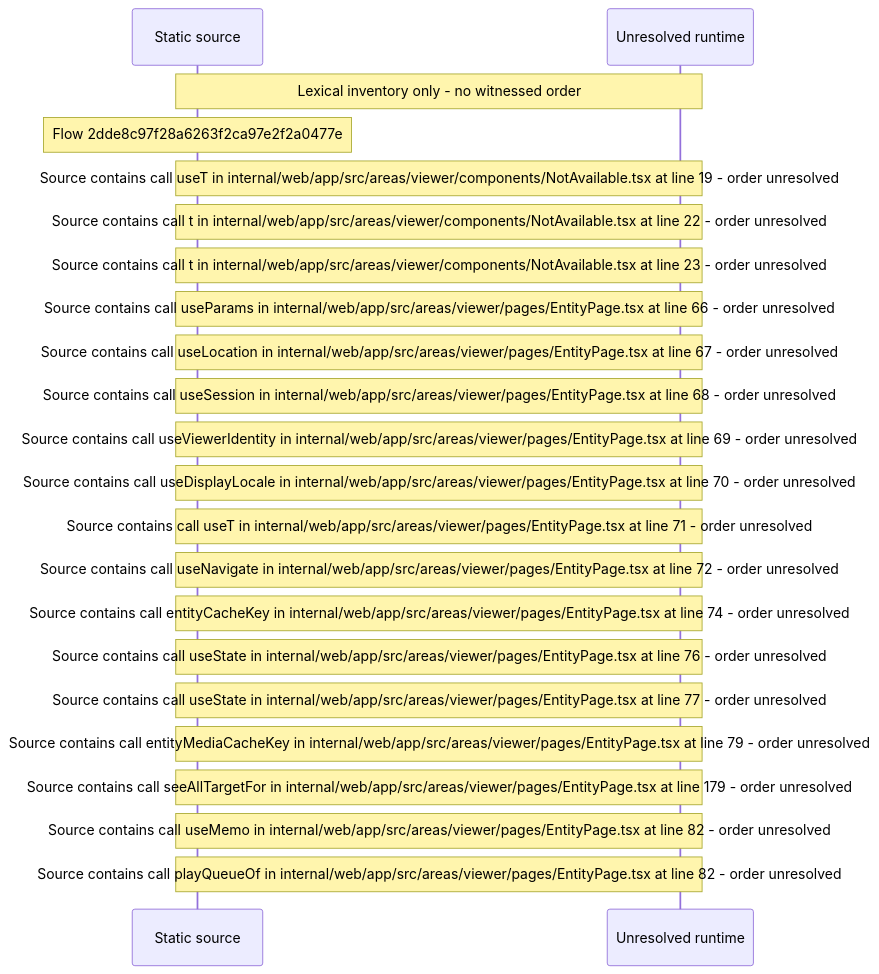
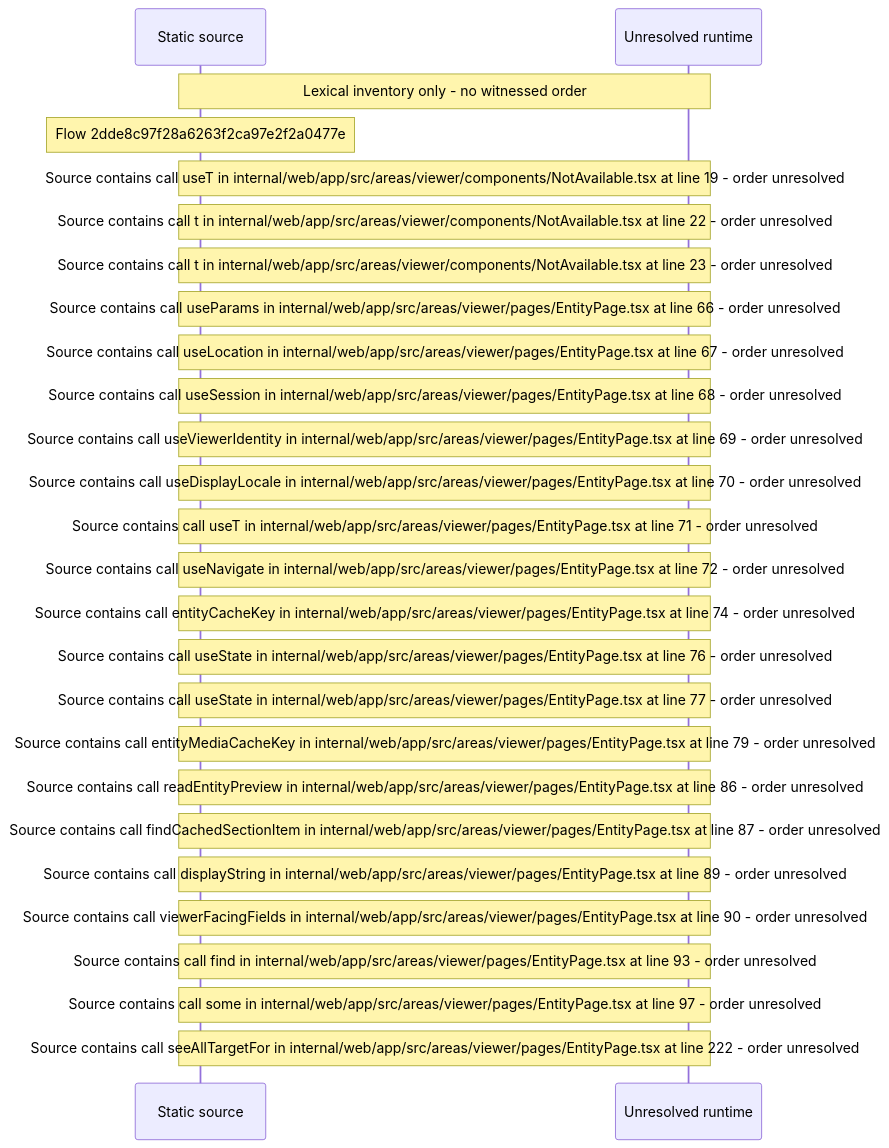
Before and after one commit to beamfall/core: the diagram in docs/web/flows/generated/2dde8c97f28a6263f2ca97e2f2a0477e/flow-diagram.md, drawn with Mermaid. The commit also changed other lines of this file and 714 other files, not shown here.

Commit message:
Regenerate web flow docs for the stack's source changes (CORE-1762)

````diff
--- a/docs/web/flows/generated/2dde8c97f28a6263f2ca97e2f2a0477e/flow-diagram.md
+++ b/docs/web/flows/generated/2dde8c97f28a6263f2ca97e2f2a0477e/flow-diagram.md
@@ -10,24 +10,28 @@
 ```mermaid
 sequenceDiagram
     participant S as Static source
     participant U as Unresolved runtime
     Note over S,U: Lexical inventory only - no witnessed order
     Note over S: Flow 2dde8c97f28a6263f2ca97e2f2a0477e
     Note over S,U: Source contains call useT in internal/web/app/src/areas/viewer/components/NotAvailable.tsx at line 19 - order unresolved
     Note over S,U: Source contains call t in internal/web/app/src/areas/viewer/components/NotAvailable.tsx at line 22 - order unresolved
     Note over S,U: Source contains call t in internal/web/app/src/areas/viewer/components/NotAvailable.tsx at line 23 - order unresolved
     Note over S,U: Source contains call useParams in internal/web/app/src/areas/viewer/pages/EntityPage.tsx at line 66 - order unresolved
     Note over S,U: Source contains call useLocation in internal/web/app/src/areas/viewer/pages/EntityPage.tsx at line 67 - order unresolved
     Note over S,U: Source contains call useSession in internal/web/app/src/areas/viewer/pages/EntityPage.tsx at line 68 - order unresolved
     Note over S,U: Source contains call useViewerIdentity in internal/web/app/src/areas/viewer/pages/EntityPage.tsx at line 69 - order unresolved
     Note over S,U: Source contains call useDisplayLocale in internal/web/app/src/areas/viewer/pages/EntityPage.tsx at line 70 - order unresolved
     Note over S,U: Source contains call useT in internal/web/app/src/areas/viewer/pages/EntityPage.tsx at line 71 - order unresolved
     Note over S,U: Source contains call useNavigate in internal/web/app/src/areas/viewer/pages/EntityPage.tsx at line 72 - order unresolved
     Note over S,U: Source contains call entityCacheKey in internal/web/app/src/areas/viewer/pages/EntityPage.tsx at line 74 - order unresolved
     Note over S,U: Source contains call useState in internal/web/app/src/areas/viewer/pages/EntityPage.tsx at line 76 - order unresolved
     Note over S,U: Source contains call useState in internal/web/app/src/areas/viewer/pages/EntityPage.tsx at line 77 - order unresolved
     Note over S,U: Source contains call entityMediaCacheKey in internal/web/app/src/areas/viewer/pages/EntityPage.tsx at line 79 - order unresolved
-    Note over S,U: Source contains call seeAllTargetFor in internal/web/app/src/areas/viewer/pages/EntityPage.tsx at line 179 - order unresolved
-    Note over S,U: Source contains call useMemo in internal/web/app/src/areas/viewer/pages/EntityPage.tsx at line 82 - order unresolved
-    Note over S,U: Source contains call playQueueOf in internal/web/app/src/areas/viewer/pages/EntityPage.tsx at line 82 - order unresolved
+    Note over S,U: Source contains call readEntityPreview in internal/web/app/src/areas/viewer/pages/EntityPage.tsx at line 86 - order unresolved
+    Note over S,U: Source contains call findCachedSectionItem in internal/web/app/src/areas/viewer/pages/EntityPage.tsx at line 87 - order unresolved
+    Note over S,U: Source contains call displayString in internal/web/app/src/areas/viewer/pages/EntityPage.tsx at line 89 - order unresolved
+    Note over S,U: Source contains call viewerFacingFields in internal/web/app/src/areas/viewer/pages/EntityPage.tsx at line 90 - order unresolved
+    Note over S,U: Source contains call find in internal/web/app/src/areas/viewer/pages/EntityPage.tsx at line 93 - order unresolved
+    Note over S,U: Source contains call some in internal/web/app/src/areas/viewer/pages/EntityPage.tsx at line 97 - order unresolved
+    Note over S,U: Source contains call seeAllTargetFor in internal/web/app/src/areas/viewer/pages/EntityPage.tsx at line 222 - order unresolved
 ```
````
